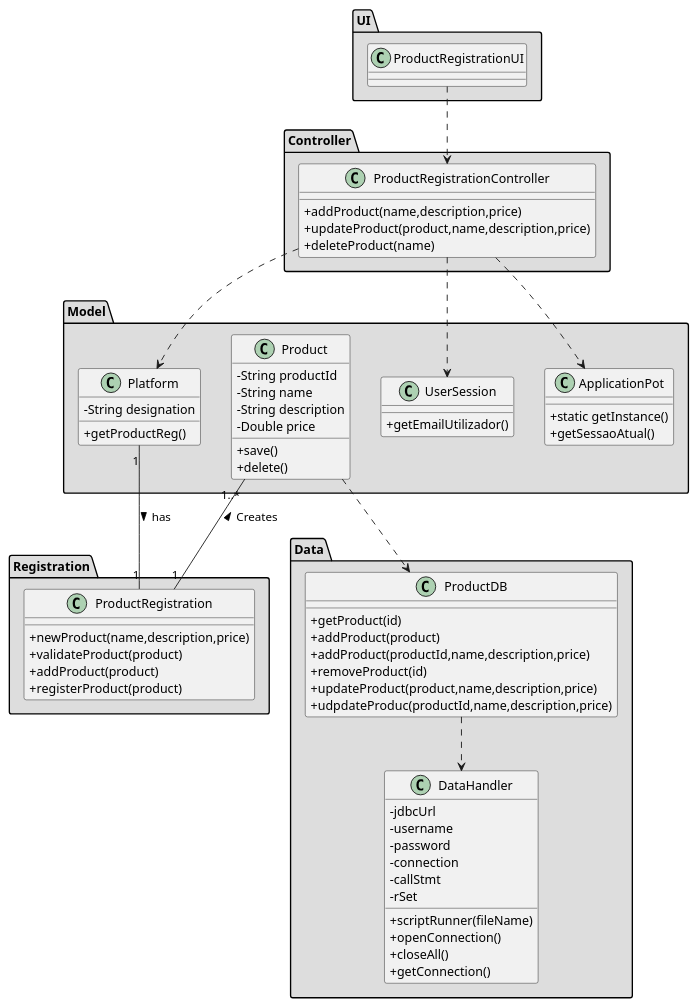
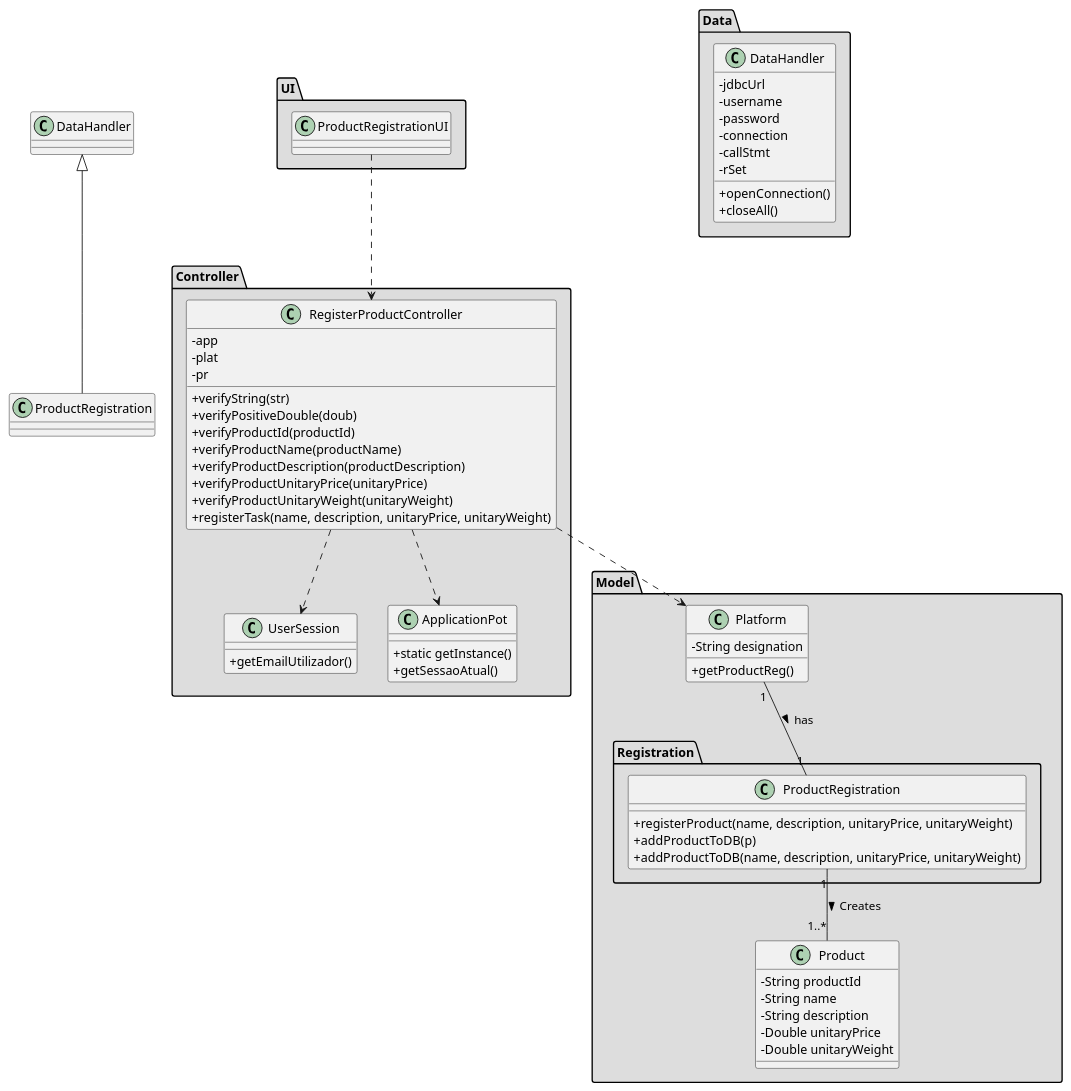
One commit to tiagoavcosta25/LAPR3 changed the diagram in docs/Iteration 1/Product Management/US70_RegisterProduct/US70_CD.puml. Above: the diagram before and after it, drawn with PlantUML. The commit also changed 8 other files, not shown here.

Commit message:
LAPR2AP2-70 #close Product Registration [Code]

```diff
--- a/docs/Iteration 1/Product Management/US70_RegisterProduct/US70_CD.puml
+++ b/docs/Iteration 1/Product Management/US70_RegisterProduct/US70_CD.puml
@@ -1,83 +1,78 @@
 @startuml
 skinparam classAttributeIconSize 0
 package "UI" #DDDDDD {
     class ProductRegistrationUI{
     }
 }
 
 package "Controller" #DDDDDD {
-    class ProductRegistrationController{
-        +addProduct(name,description,price)
-        +updateProduct(product,name,description,price)
-        +deleteProduct(name)
-    }
-}
-
-package "Model" #DDDDDD {
-    class Platform {
-        -String designation
-        +getProductReg()
+    class RegisterProductController{
+        -app
+        -plat
+        -pr
+        +verifyString(str)
+        +verifyPositiveDouble(doub)
+        +verifyProductId(productId)
+        +verifyProductName(productName)
+        +verifyProductDescription(productDescription)
+        +verifyProductUnitaryPrice(unitaryPrice)
+        +verifyProductUnitaryWeight(unitaryWeight)
+        +registerTask(name, description, unitaryPrice, unitaryWeight)
     }
 
     class UserSession {
         +getEmailUtilizador()
     }
 
     class ApplicationPot {
         +static getInstance()
         +getSessaoAtual()
     }
+}
+
+package "Model" #DDDDDD {
+    class Platform {
+        -String designation
+        +getProductReg()
+    }
 
     class Product{
         -String productId
         -String name
         -String description
-        -Double price
-        +save()
-        +delete()
+        -Double unitaryPrice
+        -Double unitaryWeight
+    }
+
+    package "Registration" #DDDDDD {
+        class ProductRegistration{
+            +registerProduct(name, description, unitaryPrice, unitaryWeight)
+            +addProductToDB(p)
+            +addProductToDB(name, description, unitaryPrice, unitaryWeight)
+        }
     }
 }
 
-package "Registration" #DDDDDD {
-    class ProductRegistration{
-        +newProduct(name,description,price)
-        +validateProduct(product)
-        +addProduct(product)
-        +registerProduct(product)
-    }
-}
 
 package "Data" #DDDDDD {
-    class ProductDB{
-        +getProduct(id)
-        +addProduct(product)
-        +addProduct(productId,name,description,price)
-        +removeProduct(id)
-        +updateProduct(product,name,description,price)
-        +udpdateProduc(productId,name,description,price)
-    }
-
     class DataHandler{
         -jdbcUrl
         -username
         -password
         -connection
         -callStmt
         -rSet
-        +scriptRunner(fileName)
         +openConnection()
         +closeAll()
-        +getConnection()
     }
 }
 
 
-ProductRegistrationUI ..> ProductRegistrationController
-ProductRegistrationController ..> Platform
-ProductRegistrationController ..> ApplicationPot
-ProductRegistrationController ..> UserSession
+ProductRegistrationUI ..> RegisterProductController
+RegisterProductController ..> Platform
+RegisterProductController ..> ApplicationPot
+RegisterProductController ..> UserSession
 Platform "1" -- "1" ProductRegistration: has >
 ProductRegistration "1" -- "1..*" Product: Creates >
-Product ..> ProductDB
-ProductDB ..> DataHandler
+class ProductRegistration extends DataHandler
 @enduml
```
